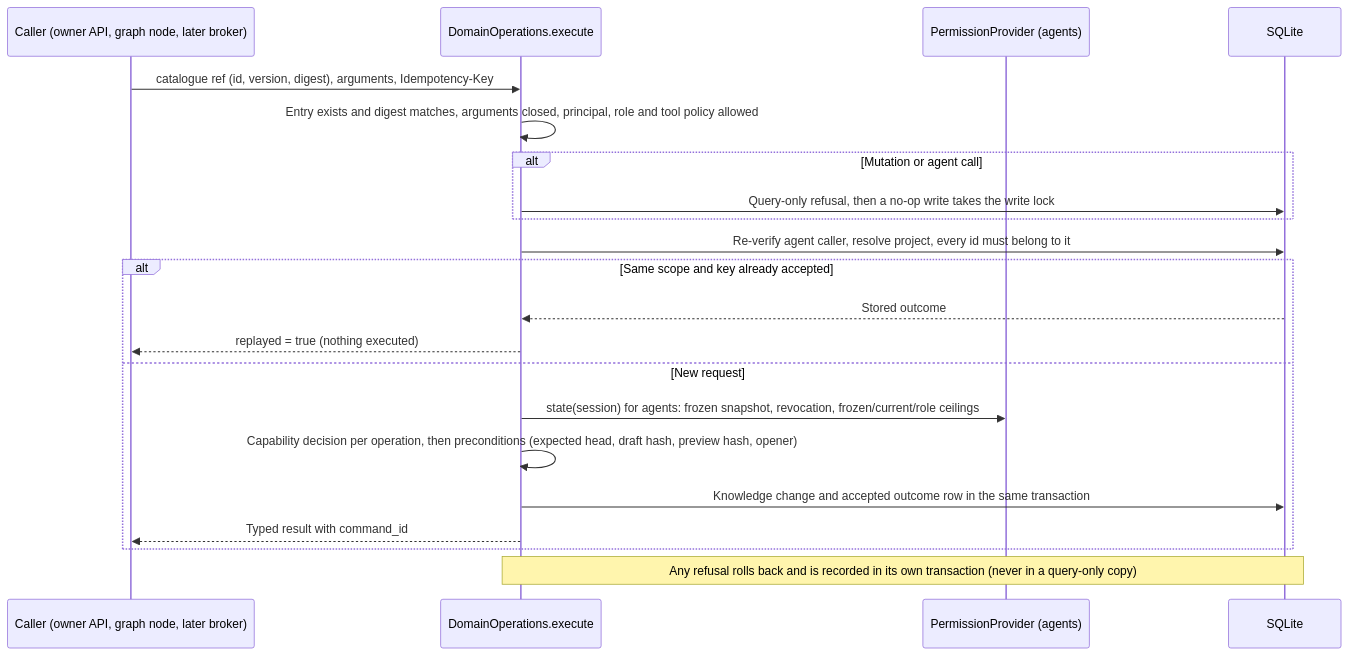
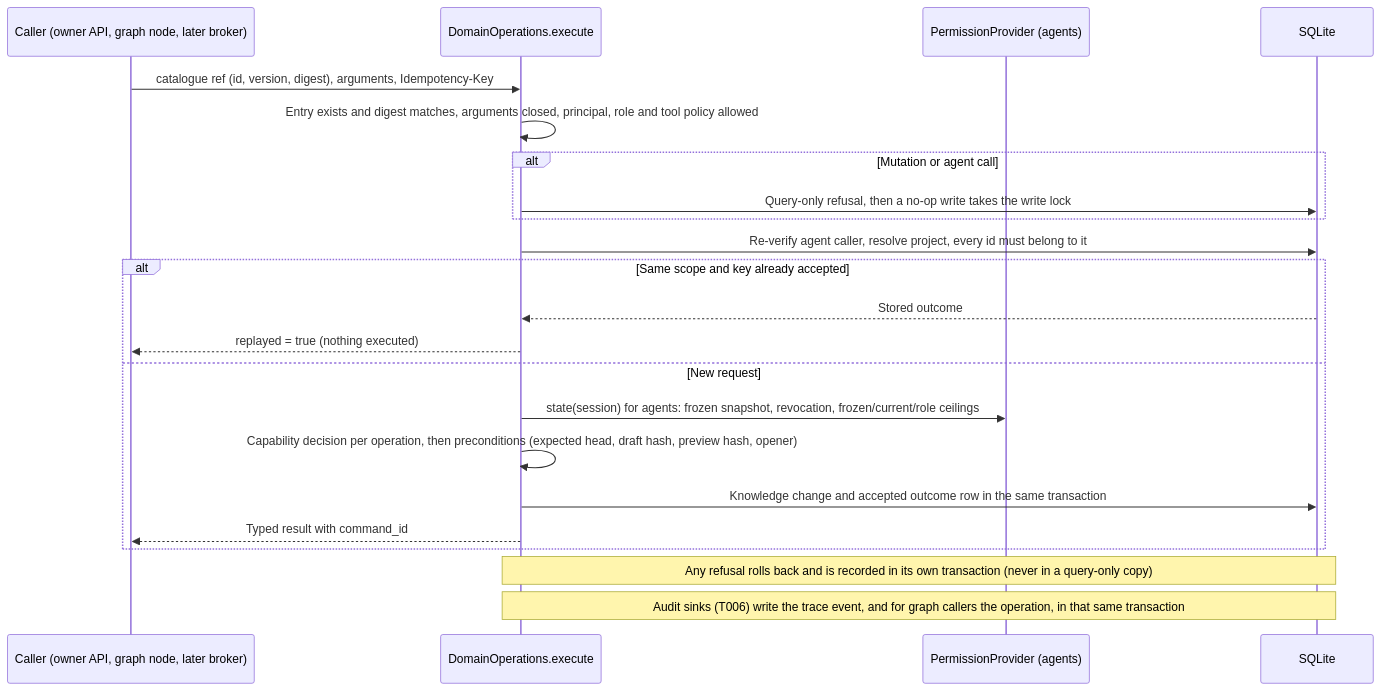
Before and after one commit to AcostaDDev/my-harness: the diagram in docs/flows/domain-operations.md, drawn with Mermaid. The commit also changed other lines of this file and 39 other files, not shown here.

````diff
--- a/docs/flows/domain-operations.md
+++ b/docs/flows/domain-operations.md
@@ -10,23 +10,24 @@
 ```mermaid
 sequenceDiagram
     participant C as Caller (owner API, graph node, later broker)
     participant S as DomainOperations.execute
     participant P as PermissionProvider (agents)
     participant DB as SQLite
     C->>S: catalogue ref (id, version, digest), arguments, Idempotency-Key
     S->>S: Entry exists and digest matches, arguments closed, principal, role and tool policy allowed
     alt Mutation or agent call
         S->>DB: Query-only refusal, then a no-op write takes the write lock
     end
     S->>DB: Re-verify agent caller, resolve project, every id must belong to it
     alt Same scope and key already accepted
         DB-->>S: Stored outcome
         S-->>C: replayed = true (nothing executed)
     else New request
         S->>P: state(session) for agents: frozen snapshot, revocation, frozen/current/role ceilings
         S->>S: Capability decision per operation, then preconditions (expected head, draft hash, preview hash, opener)
         S->>DB: Knowledge change and accepted outcome row in the same transaction
         S-->>C: Typed result with command_id
     end
     Note over S,DB: Any refusal rolls back and is recorded in its own transaction (never in a query-only copy)
+    Note over S,DB: Audit sinks (T006) write the trace event, and for graph callers the operation, in that same transaction
 ```
````
